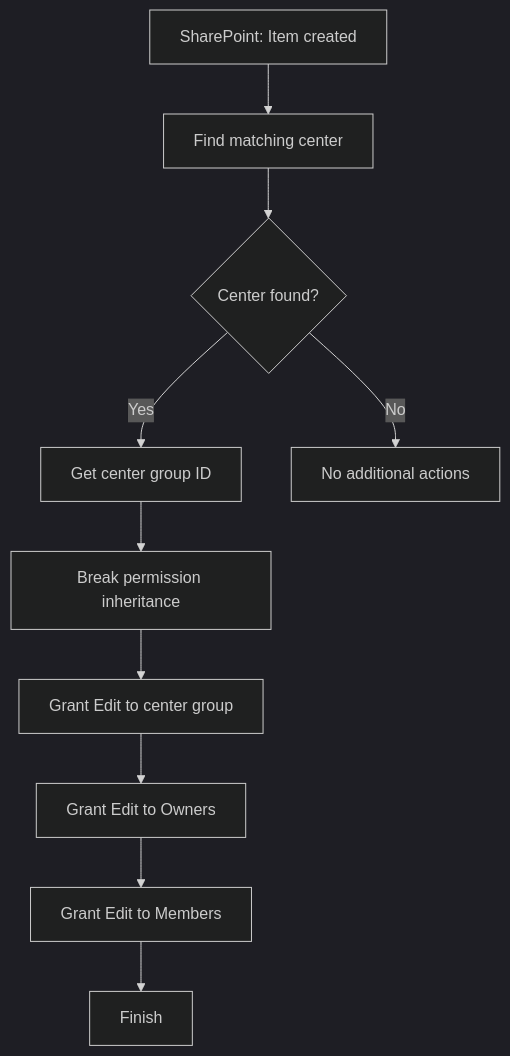
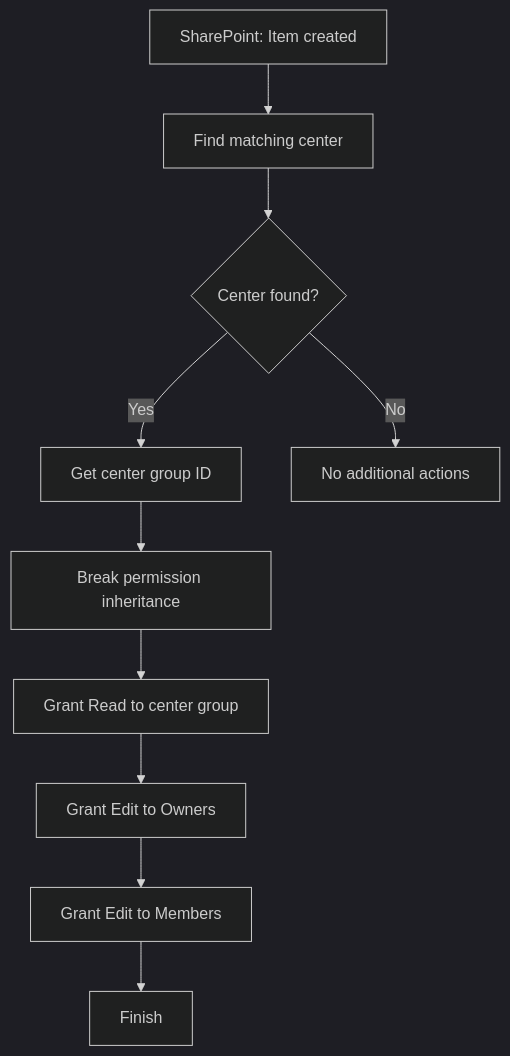
The diagram in Power-Automate/SharePoint-Excel-Automation/flows/FL05-demo/README.md (smartinmunoz/power-platform-portfolio), drawn with Mermaid (dark theme) before and after one commit. The commit also changed other lines of this file, not shown here.

````diff
--- a/Power-Automate/SharePoint-Excel-Automation/flows/FL05-demo/README.md
+++ b/Power-Automate/SharePoint-Excel-Automation/flows/FL05-demo/README.md
@@ -13,12 +13,12 @@
 ```mermaid
 flowchart TD
     A["SharePoint: Item created"] --> B["Find matching center"]
     B --> C{"Center found?"}
     C -->|Yes| D["Get center group ID"]
     D --> E["Break permission inheritance"]
-    E --> F["Grant Edit to center group"]
+    E --> F["Grant Read to center group"]
     F --> G["Grant Edit to Owners"]
     G --> H["Grant Edit to Members"]
     H --> I["Finish"]
     C -->|No| J["No additional actions"]
 ```
````
